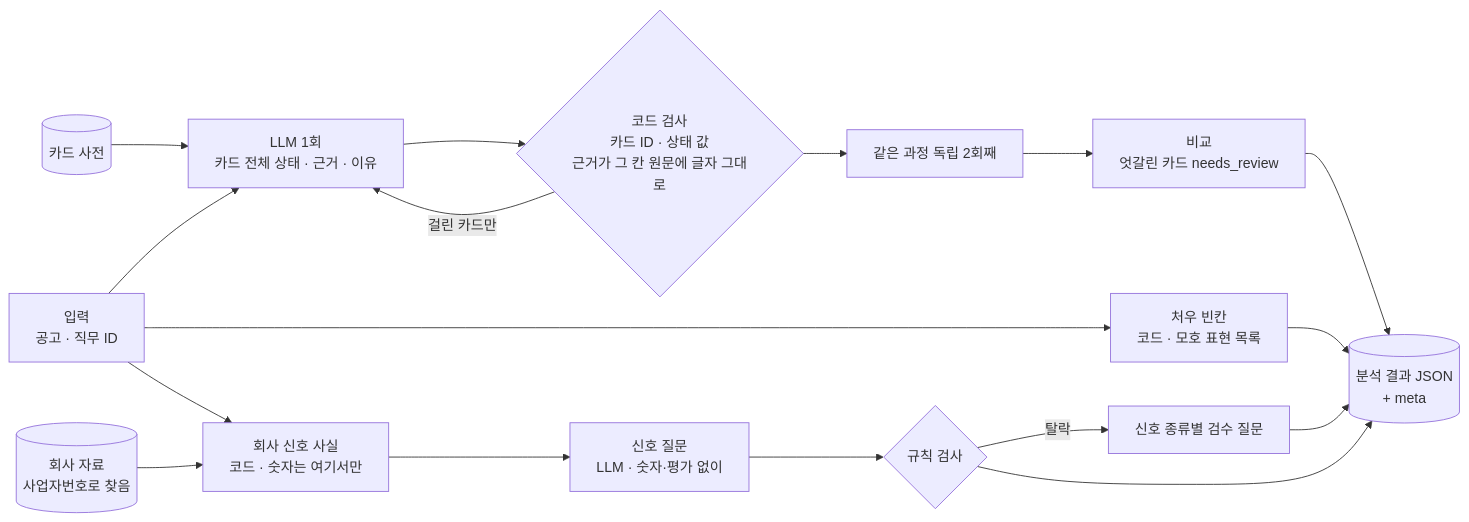
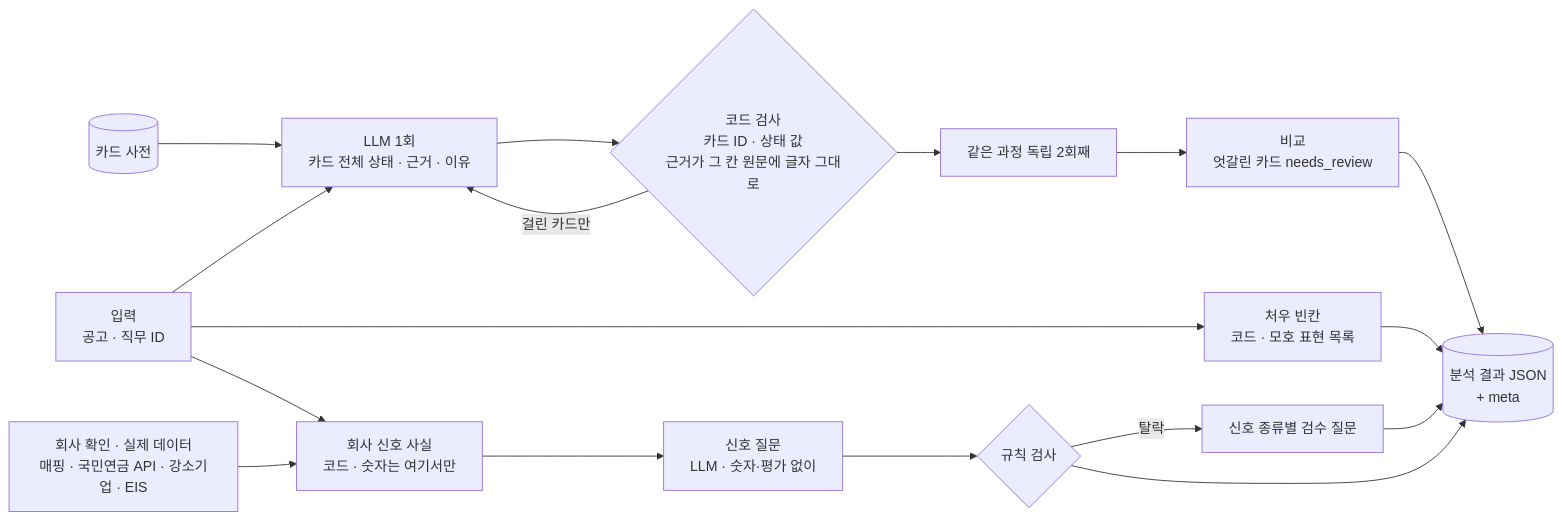
Before and after one commit to zazasj/askback24: the third of 9 diagrams in docs/ai_agent/에이전트 설계 확정.md, drawn with Mermaid. The commit also changed other lines of this file and 6 other files, not shown here.

````diff
--- a/docs/ai_agent/에이전트 설계 확정.md
+++ b/docs/ai_agent/에이전트 설계 확정.md
@@ -65,19 +71,19 @@
 ```mermaid
 flowchart LR
     P[입력<br/>공고 · 직무 ID] --> S1[LLM 1회<br/>카드 전체 상태 · 근거 · 이유]
     K[(카드 사전)] --> S1
     S1 --> C1{코드 검사<br/>카드 ID · 상태 값<br/>근거가 그 칸 원문에 글자 그대로}
     C1 -- 걸린 카드만 --> S1
     C1 --> R2[같은 과정 독립 2회째]
     R2 --> M[비교<br/>엇갈린 카드 needs_review]
     P --> T[처우 빈칸<br/>코드 · 모호 표현 목록]
     P --> G[회사 신호 사실<br/>코드 · 숫자는 여기서만]
-    CO[(회사 자료<br/>사업자번호로 찾음)] --> G
+    CO[회사 확인 · 실제 데이터<br/>매핑 · 국민연금 API · 강소기업 · EIS] --> G
     G --> GQ[신호 질문<br/>LLM · 숫자·평가 없이]
     GQ --> GC{규칙 검사}
     GC -- 탈락 --> GT[신호 종류별 검수 질문]
     M --> OUT[(분석 결과 JSON<br/>+ meta)]
     T --> OUT
     GC --> OUT
     GT --> OUT
 ```
````
